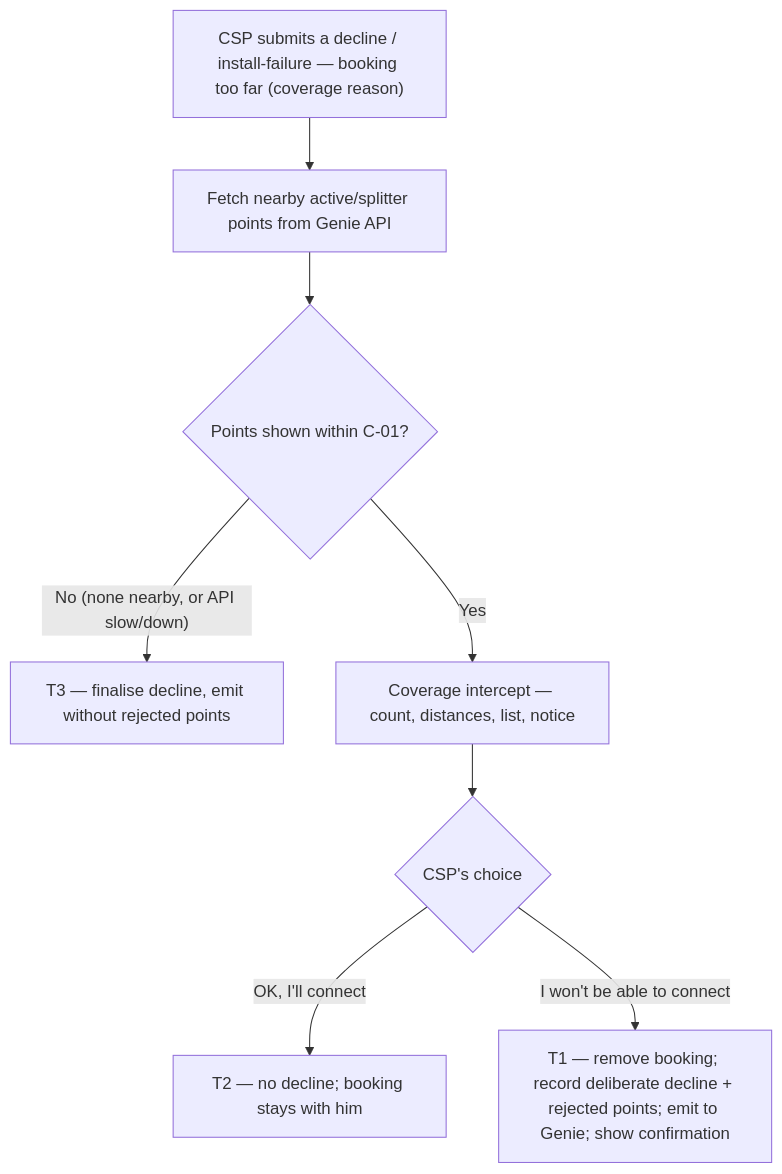
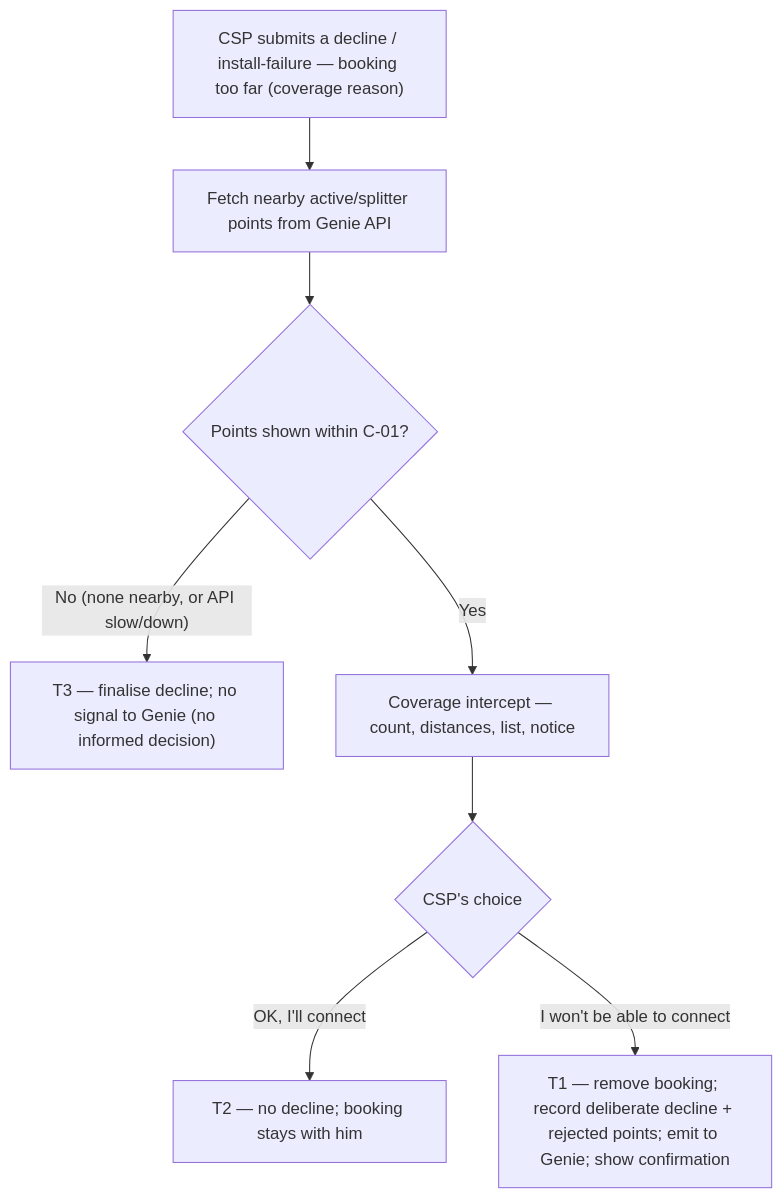
Before and after one commit to ashish-raj-wiom/coverage-decline-assist-prd: the diagram in Coverage_Decline_Assist_PRD.md, drawn with Mermaid. The commit also changed other lines of this file and 1 other file, not shown here.

Commit message:
No informed decision -> no signal: T3 (no points shown) records the decline but sends nothing to Genie

````diff
--- a/Coverage_Decline_Assist_PRD.md
+++ b/Coverage_Decline_Assist_PRD.md
@@ -63,10 +63,10 @@
 ```mermaid
 flowchart TD
     A["CSP submits a decline / install-failure — booking too far (coverage reason)"] --> B["Fetch nearby active/splitter points from Genie API"]
     B --> C{"Points shown within C-01?"}
-    C -- "No (none nearby, or API slow/down)" --> T3["T3 — finalise decline, emit without rejected points"]
+    C -- "No (none nearby, or API slow/down)" --> T3["T3 — finalise decline; no signal to Genie (no informed decision)"]
     C -- "Yes" --> D["Coverage intercept — count, distances, list, notice"]
     D --> E{"CSP's choice"}
     E -- "OK, I'll connect" --> T2["T2 — no decline; booking stays with him"]
     E -- "I won't be able to connect" --> T1["T1 — remove booking; record deliberate decline + rejected points; emit to Genie; show confirmation"]
 ```
````
